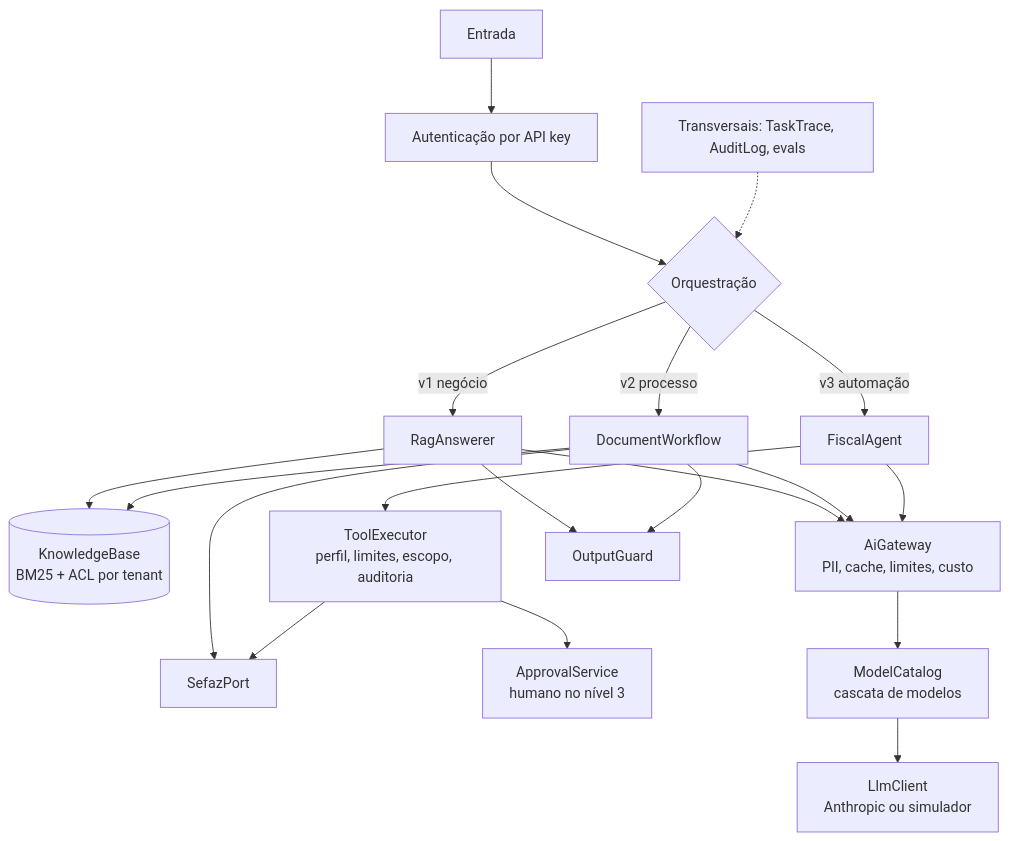
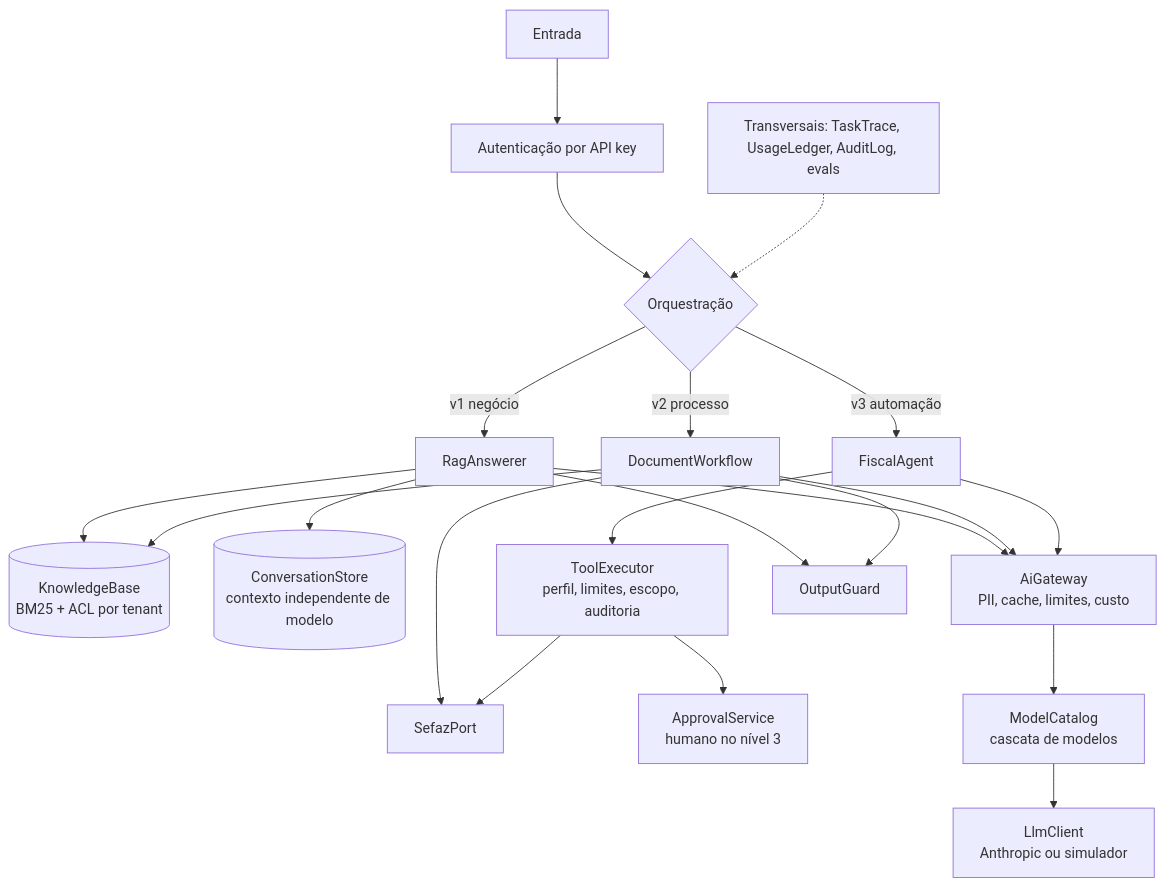
One commit to bribeirowork/llm-fiscal-ladder changed the diagram in README.md. Above: the diagram before and after it, drawn with Mermaid. The commit also changed other lines of this file and 13 other files, not shown here.

````diff
--- a/README.md
+++ b/README.md
@@ -114,19 +134,20 @@
 ```mermaid
 flowchart TD
     E[Entrada] --> AUTH[Autenticação por API key]
     AUTH --> O{Orquestração}
     O -->|v1 negócio| RAG[RagAnswerer]
     O -->|v2 processo| WF[DocumentWorkflow]
     O -->|v3 automação| AG[FiscalAgent]
     RAG --> KB[(KnowledgeBase<br/>BM25 + ACL por tenant)]
+    RAG --> CTX[(ConversationStore<br/>contexto independente de modelo)]
     WF --> KB
     WF --> SEFAZ[SefazPort]
     AG --> TE[ToolExecutor<br/>perfil, limites, escopo, auditoria]
     TE --> SEFAZ
     TE --> AP[ApprovalService<br/>humano no nível 3]
     RAG & WF & AG --> GW[AiGateway<br/>PII, cache, limites, custo]
     GW --> MC[ModelCatalog<br/>cascata de modelos]
     MC --> LLM[LlmClient<br/>Anthropic ou simulador]
     RAG & WF --> OG[OutputGuard]
-    OBS[Transversais: TaskTrace, AuditLog, evals] -.-> O
+    OBS[Transversais: TaskTrace, UsageLedger, AuditLog, evals] -.-> O
 ```
````
